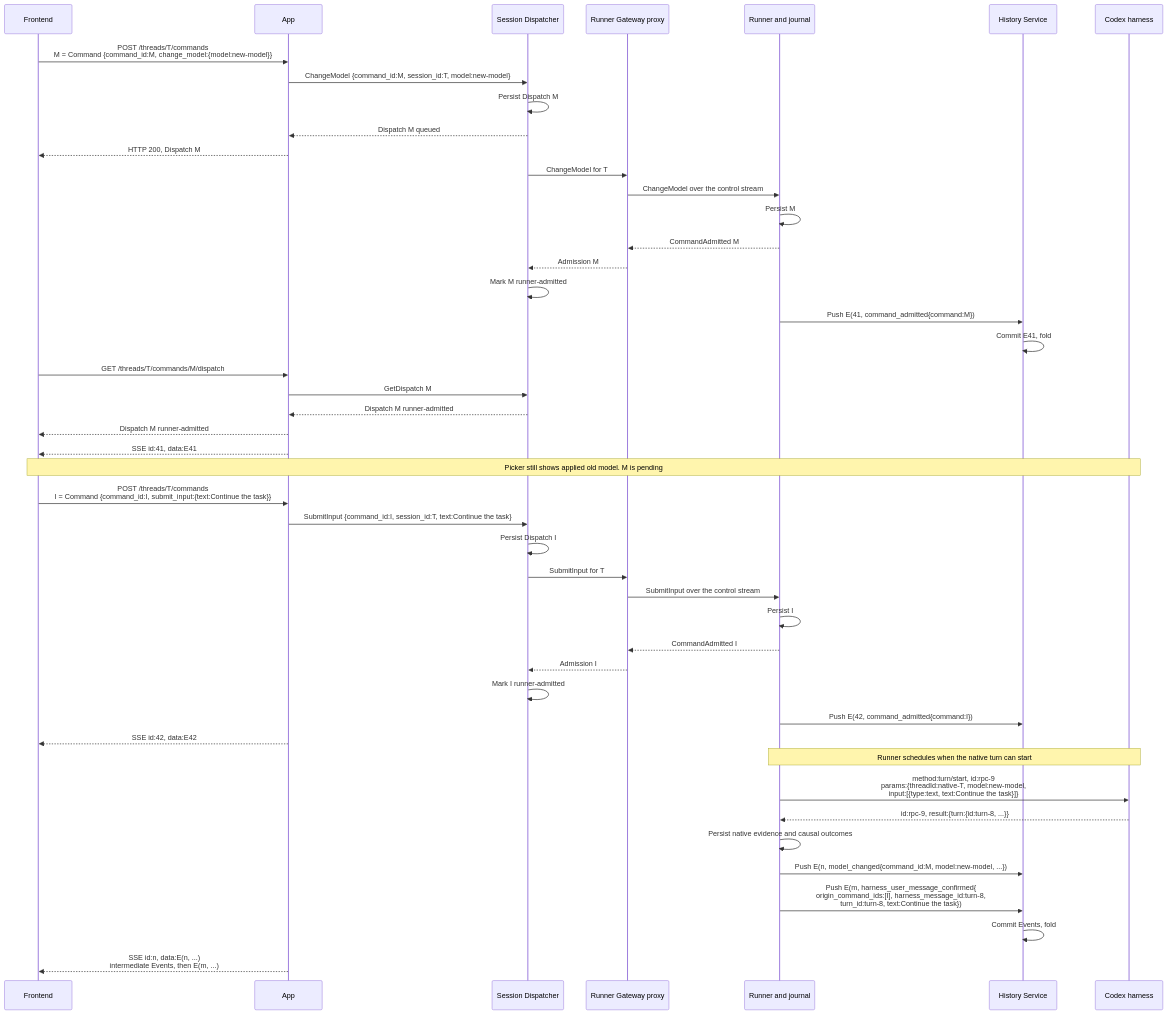
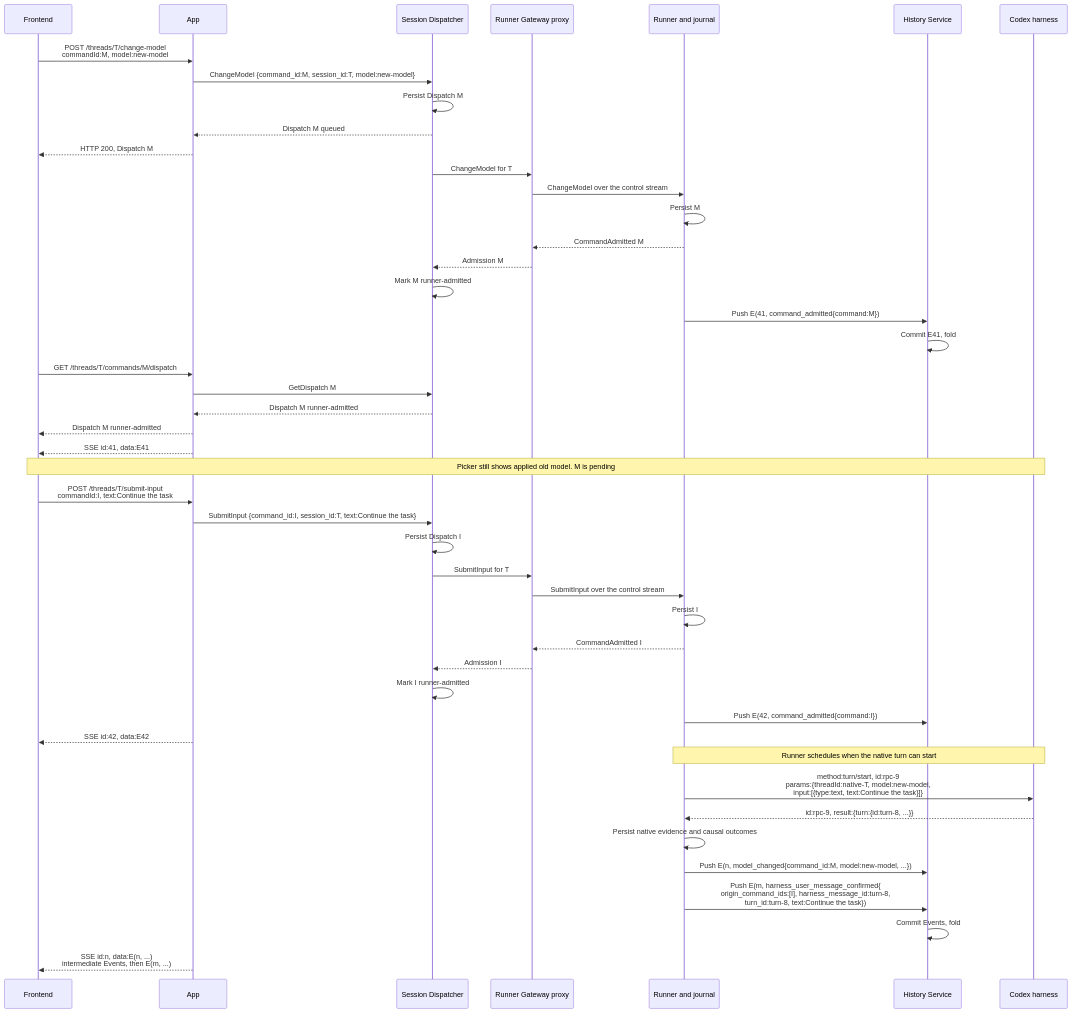
Before and after one commit to agentydragon-agent/ducktape: the second of 5 diagrams in agentplane/docs/thread_layering.md, drawn with Mermaid. The commit also changed other lines of this file and 35 other files, not shown here.

````diff
--- a/agentplane/docs/thread_layering.md
+++ b/agentplane/docs/thread_layering.md
@@ -294,48 +294,48 @@
 ```mermaid
 sequenceDiagram
     participant F as Frontend
     participant A as App
     participant SD as Session Dispatcher
     participant G as Runner Gateway proxy
     participant R as Runner and journal
     participant HS as History Service
     participant H as Codex harness
-    F->>A: POST /threads/T/commands<br/>M = Command {command_id:M, change_model:{model:new-model}}
+    F->>A: POST /threads/T/change-model<br/>commandId:M, model:new-model
     A->>SD: ChangeModel {command_id:M, session_id:T, model:new-model}
     SD->>SD: Persist Dispatch M
     SD-->>A: Dispatch M queued
     A-->>F: HTTP 200, Dispatch M
     SD->>G: ChangeModel for T
     G->>R: ChangeModel over the control stream
     R->>R: Persist M
     R-->>G: CommandAdmitted M
     G-->>SD: Admission M
     SD->>SD: Mark M runner-admitted
     R->>HS: Push E(41, command_admitted{command:M})
     HS->>HS: Commit E41, fold
     F->>A: GET /threads/T/commands/M/dispatch
     A->>SD: GetDispatch M
     SD-->>A: Dispatch M runner-admitted
     A-->>F: Dispatch M runner-admitted
     A-->>F: SSE id:41, data:E41
     Note over F,H: Picker still shows applied old model. M is pending
-    F->>A: POST /threads/T/commands<br/>I = Command {command_id:I, submit_input:{text:Continue the task}}
+    F->>A: POST /threads/T/submit-input<br/>commandId:I, text:Continue the task
     A->>SD: SubmitInput {command_id:I, session_id:T, text:Continue the task}
     SD->>SD: Persist Dispatch I
     SD->>G: SubmitInput for T
     G->>R: SubmitInput over the control stream
     R->>R: Persist I
     R-->>G: CommandAdmitted I
     G-->>SD: Admission I
     SD->>SD: Mark I runner-admitted
     R->>HS: Push E(42, command_admitted{command:I})
     A-->>F: SSE id:42, data:E42
     Note over R,H: Runner schedules when the native turn can start
     R->>H: method:turn/start, id:rpc-9<br/>params:{threadId:native-T, model:new-model,<br/>input:[{type:text, text:Continue the task}]}
     H-->>R: id:rpc-9, result:{turn:{id:turn-8, ...}}
     R->>R: Persist native evidence and causal outcomes
     R->>HS: Push E(n, model_changed{command_id:M, model:new-model, ...})
     R->>HS: Push E(m, harness_user_message_confirmed{<br/>origin_command_ids:[I], harness_message_id:turn-8,<br/>turn_id:turn-8, text:Continue the task})
     HS->>HS: Commit Events, fold
     A-->>F: SSE id:n, data:E(n, ...)<br/>intermediate Events, then E(m, ...)
 ```
````
